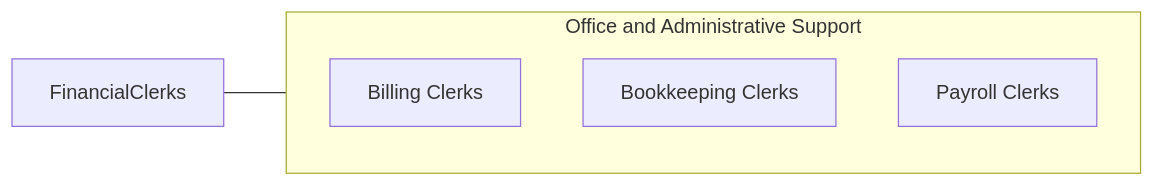
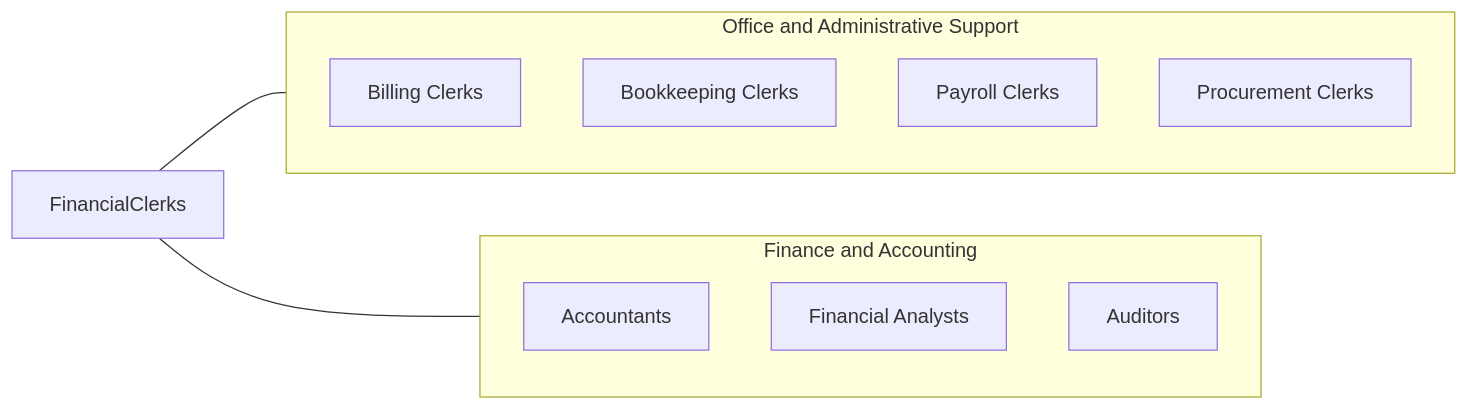
One commit to kziemski/business.org.ai changed the fourth of 4 diagrams in occupations/Administrative/FinancialClerks.mdx. Above: the diagram before and after it, drawn with Mermaid. The commit also changed other lines of this file and 19 other files, not shown here.

````diff
--- a/occupations/Administrative/FinancialClerks.mdx
+++ b/occupations/Administrative/FinancialClerks.mdx
@@ -99,10 +216,20 @@
 ```mermaid
 graph LR
     Current["FinancialClerks"]
+
     subgraph SameCategory["Office and Administrative Support"]
-        RBillingClerks["Billing Clerks"]
-        RBookkeepingClerks["Bookkeeping Clerks"]
-        RPayrollClerks["Payroll Clerks"]
+        BillingClerks["Billing Clerks"]
+        BookkeepingClerks["Bookkeeping Clerks"]
+        PayrollClerks["Payroll Clerks"]
+        ProcurementClerks["Procurement Clerks"]
     end
+
+    subgraph CrossFunctional["Finance and Accounting"]
+        Accountants["Accountants"]
+        FinancialAnalysts["Financial Analysts"]
+        Auditors["Auditors"]
+    end
+
     Current --- SameCategory
+    Current --- CrossFunctional
 ```
````
